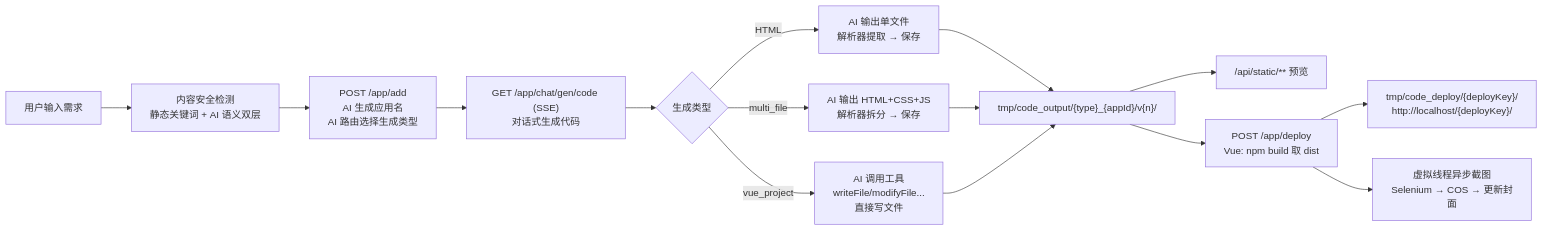
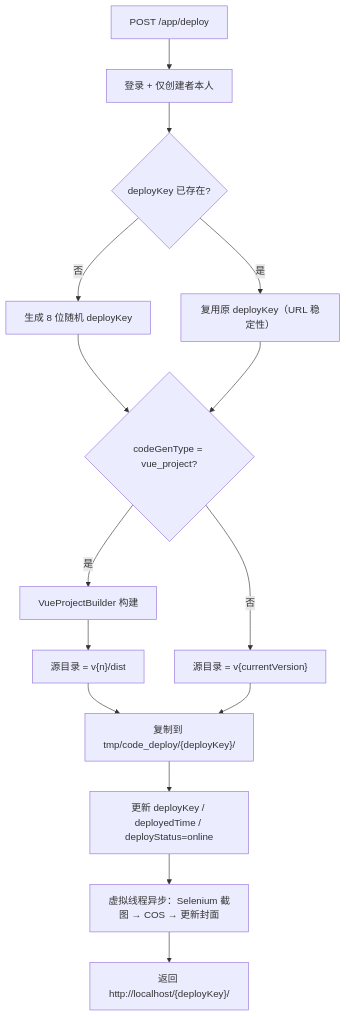
The fourth of 9 diagrams in README.md (chenzhe0279/ag-ai-code-mother), drawn with Mermaid before and after one commit. The commit also changed other lines of this file, not shown here.

````diff
--- a/README.md
+++ b/README.md
@@ -15,15 +306,17 @@
 ```mermaid
-flowchart LR
-    A["用户输入需求"] --> S["内容安全检测<br/>静态关键词 + AI 语义双层"]
-    S --> B["POST /app/add<br/>AI 生成应用名<br/>AI 路由选择生成类型"]
-    B --> C["GET /app/chat/gen/code (SSE)<br/>对话式生成代码"]
-    C --> D{"生成类型"}
-    D -->|HTML| E["AI 输出单文件<br/>解析器提取 → 保存"]
-    D -->|multi_file| F["AI 输出 HTML+CSS+JS<br/>解析器拆分 → 保存"]
-    D -->|vue_project| G["AI 调用工具<br/>writeFile/modifyFile...<br/>直接写文件"]
-    E & F & G --> H["tmp/code_output/{type}_{appId}/v{n}/"]
-    H --> I["/api/static/** 预览"]
-    H --> J["POST /app/deploy<br/>Vue: npm build 取 dist"]
-    J --> K["tmp/code_deploy/{deployKey}/<br/>http://localhost/{deployKey}/"]
-    J --> L["虚拟线程异步截图<br/>Selenium → COS → 更新封面"]
+flowchart TD
+    A["POST /app/deploy"] --> B["登录 + 仅创建者本人"]
+    B --> C{"deployKey 已存在?"}
+    C -- "否" --> D["生成 8 位随机 deployKey"]
+    C -- "是" --> E["复用原 deployKey（URL 稳定性）"]
+    D --> F{"codeGenType = vue_project?"}
+    E --> F
+    F -- "是" --> G["VueProjectBuilder 构建"]
+    G --> H["源目录 = v{n}/dist"]
+    F -- "否" --> I["源目录 = v{currentVersion}"]
+    H --> J["复制到 tmp/code_deploy/{deployKey}/"]
+    I --> J
+    J --> K["更新 deployKey / deployedTime / deployStatus=online"]
+    K --> L["虚拟线程异步：Selenium 截图 → COS → 更新封面"]
+    L --> M["返回 http://localhost/{deployKey}/"]
 ```
````
